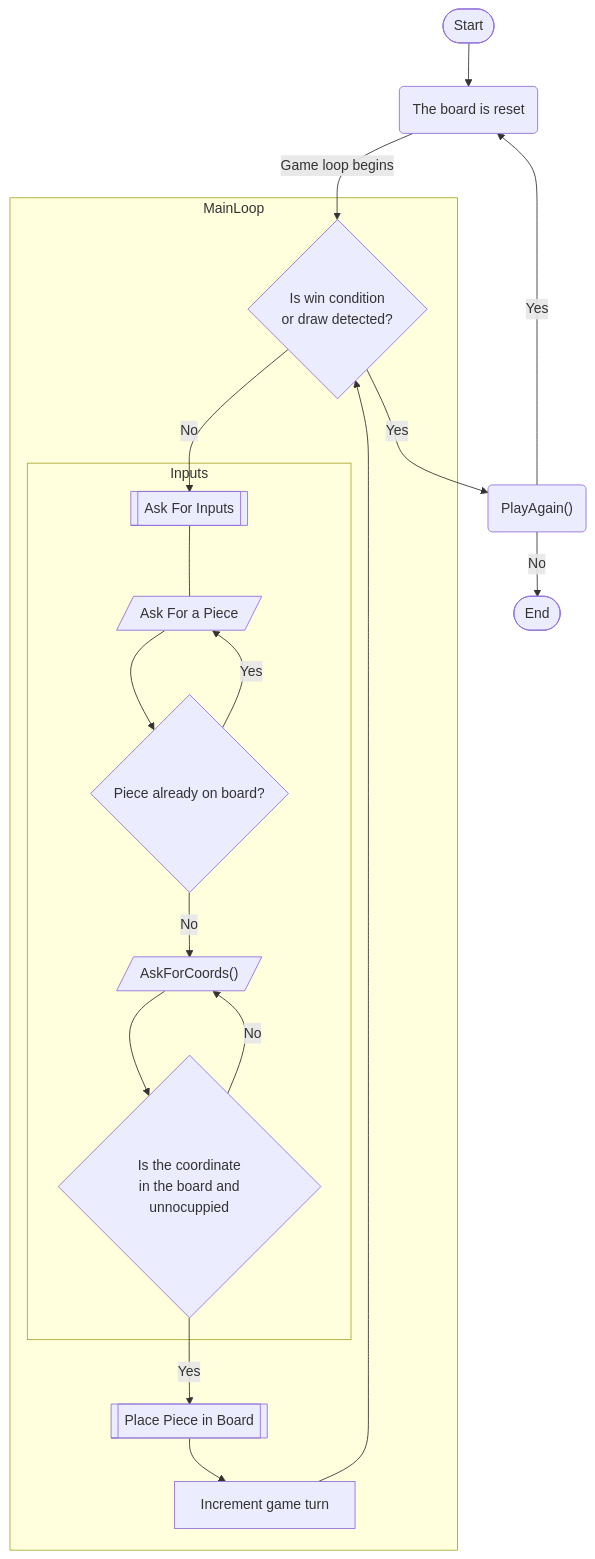
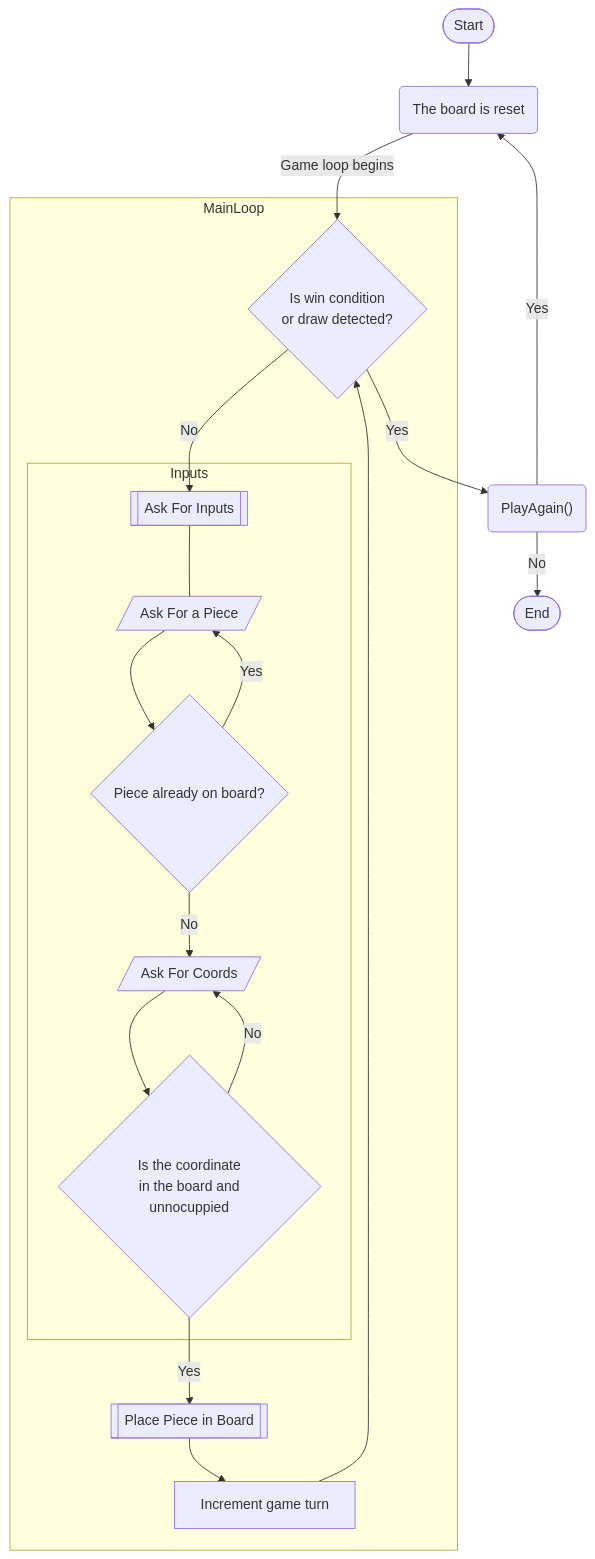
The diagram in README.md (Juhhxx/GaloDaVelha_LP1), drawn with Mermaid before and after one commit.

Commit message:
Update fluxogram

````diff
--- a/README.md
+++ b/README.md
@@ -63,21 +63,21 @@
 ```mermaid
 graph TB
 A(["Start"]) --> C("The board is reset")
     C -- Game loop begins --> D{Is win condition\nor draw detected?}
     subgraph MainLoop
         D -- No --> F[["Ask For Inputs"]]
         subgraph Inputs
         F --- G[/"Ask For a Piece"/]
         G --> K{"Piece already on board?"} 
-        K -- No --> I[/"AskForCoords()"/]
+        K -- No --> I[/"Ask For Coords"/]
         K --Yes --> G
         I --> Q{Is the coordinate\n in the board and unnocuppied}
         end
         Q -- Yes --> M[[Place Piece in Board]]
         Q -- No --> I
         M --> J[Increment game turn] --> D
     end
     D -- Yes --> E("PlayAgain()") 
     E -- Yes --> C
     E -- No --> P([End]) 
 ```
````
